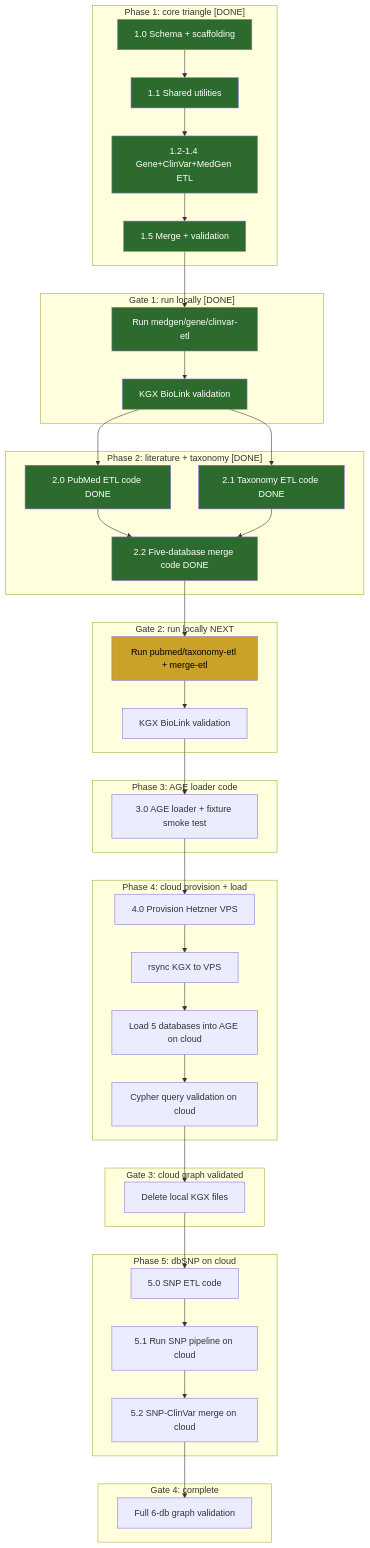
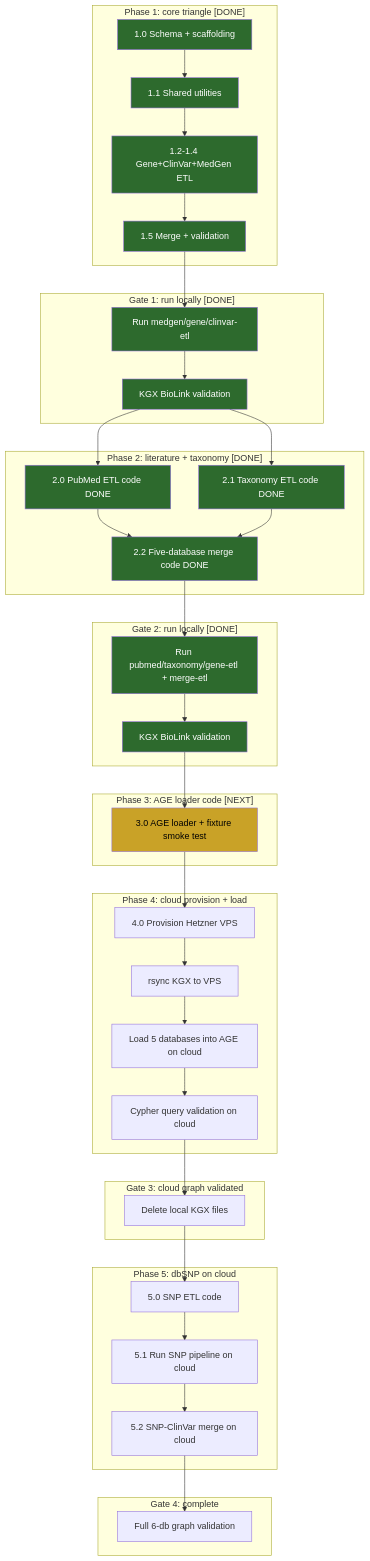
The diagram in docs/bossman_execution_plan.md (monideep2255/agentic-search-ui), drawn with Mermaid before and after one commit. The commit also changed other lines of this file, not shown here.

````diff
--- a/docs/bossman_execution_plan.md
+++ b/docs/bossman_execution_plan.md
@@ -11,71 +11,73 @@
 ```mermaid
 graph TD
     subgraph "Phase 1: core triangle [DONE]"
         P10[1.0 Schema + scaffolding]
         P11[1.1 Shared utilities]
         P12[1.2-1.4 Gene+ClinVar+MedGen ETL]
         P15[1.5 Merge + validation]
         P10 --> P11 --> P12 --> P15
     end
 
     subgraph "Gate 1: run locally [DONE]"
         G1R[Run medgen/gene/clinvar-etl]
         G1V[KGX BioLink validation]
         P15 --> G1R --> G1V
     end
 
     subgraph "Phase 2: literature + taxonomy [DONE]"
         P20[2.0 PubMed ETL code DONE]
         P21[2.1 Taxonomy ETL code DONE]
         P22[2.2 Five-database merge code DONE]
         G1V --> P20 & P21
         P20 & P21 --> P22
     end
 
-    subgraph "Gate 2: run locally NEXT"
-        G2R[Run pubmed/taxonomy-etl + merge-etl]
+    subgraph "Gate 2: run locally [DONE]"
+        G2R[Run pubmed/taxonomy/gene-etl + merge-etl]
         G2V[KGX BioLink validation]
         P22 --> G2R --> G2V
     end
 
-    subgraph "Phase 3: AGE loader code"
+    subgraph "Phase 3: AGE loader code [NEXT]"
         P30[3.0 AGE loader + fixture smoke test]
         G2V --> P30
     end
 
     subgraph "Phase 4: cloud provision + load"
         P40[4.0 Provision Hetzner VPS]
         P40R[rsync KGX to VPS]
         P40L[Load 5 databases into AGE on cloud]
         P40Q[Cypher query validation on cloud]
         P30 --> P40 --> P40R --> P40L --> P40Q
     end
 
     subgraph "Gate 3: cloud graph validated"
         G3D[Delete local KGX files]
         P40Q --> G3D
     end
 
     subgraph "Phase 5: dbSNP on cloud"
         P50[5.0 SNP ETL code]
         P51[5.1 Run SNP pipeline on cloud]
         P52[5.2 SNP-ClinVar merge on cloud]
         G3D --> P50 --> P51 --> P52
     end
 
     subgraph "Gate 4: complete"
         G4V[Full 6-db graph validation]
         P52 --> G4V
     end
 
     style P10 fill:#2d6a2d,color:#fff
     style P11 fill:#2d6a2d,color:#fff
     style P12 fill:#2d6a2d,color:#fff
     style P15 fill:#2d6a2d,color:#fff
     style G1R fill:#2d6a2d,color:#fff
     style G1V fill:#2d6a2d,color:#fff
     style P20 fill:#2d6a2d,color:#fff
     style P21 fill:#2d6a2d,color:#fff
     style P22 fill:#2d6a2d,color:#fff
-    style G2R fill:#c9a227,color:#000
+    style G2R fill:#2d6a2d,color:#fff
+    style G2V fill:#2d6a2d,color:#fff
+    style P30 fill:#c9a227,color:#000
 ```
````
